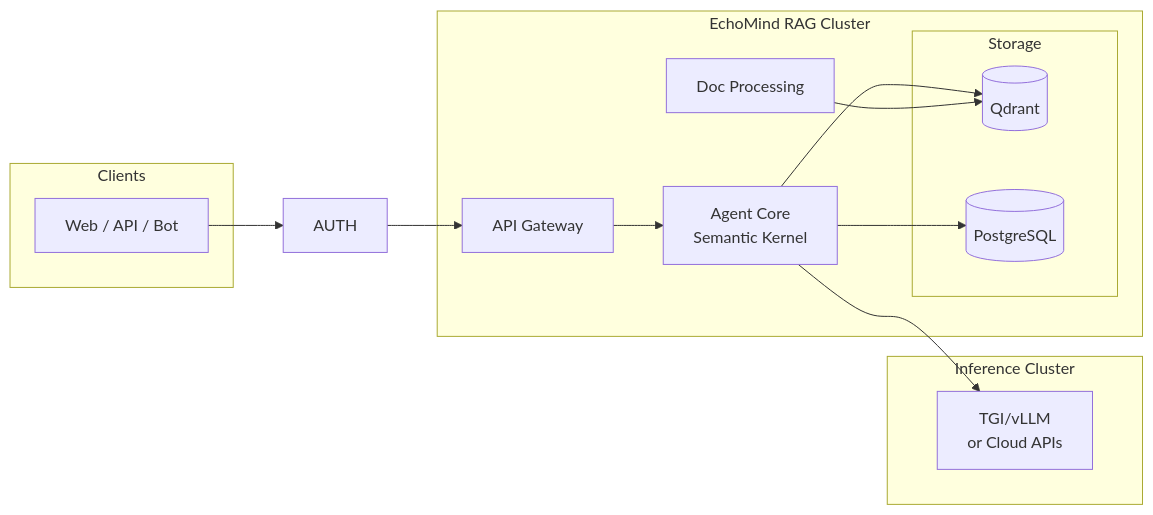
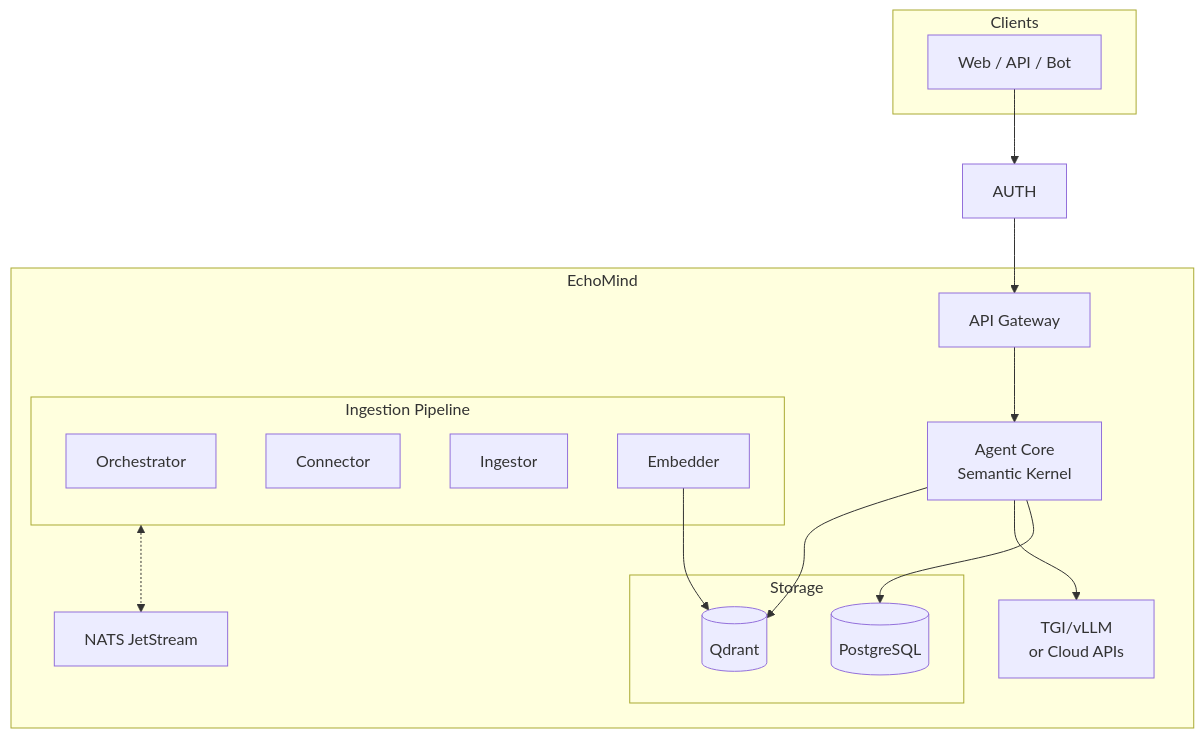
Before and after one commit to gen-mind/echo-mind: the second of 2 diagrams in ReadMe.md, drawn with Mermaid. The commit also changed other lines of this file, not shown here.

````diff
--- a/ReadMe.md
+++ b/ReadMe.md
@@ -158,27 +251,33 @@
 ```mermaid
-flowchart LR
+flowchart TB
     subgraph Clients
         C[Web / API / Bot]
     end
 
-    subgraph EchoMind["EchoMind RAG Cluster"]
+    subgraph EchoMind["EchoMind"]
         API[API Gateway]
         AGENT[Agent Core<br/>Semantic Kernel]
-        PROC[Doc Processing]
+        LLM[TGI/vLLM<br/>or Cloud APIs]
+        NATS[NATS JetStream]
+
+        subgraph Ingestion["Ingestion Pipeline"]
+            ORCH[Orchestrator]
+            CONN[Connector]
+            ING[Ingestor]
+            EMB[Embedder]
+        end
 
         subgraph Storage
             QDRANT[(Qdrant)]
             PG[(PostgreSQL)]
         end
     end
 
-    subgraph Inference["Inference Cluster"]
-        LLM[TGI/vLLM<br/>or Cloud APIs]
-    end
-
     C --> AUTH --> API --> AGENT
     AGENT --> QDRANT
     AGENT --> LLM
-    PROC --> QDRANT
     AGENT --> PG
+
+    Ingestion <-.-> NATS
+    EMB --> QDRANT
 ```
````
